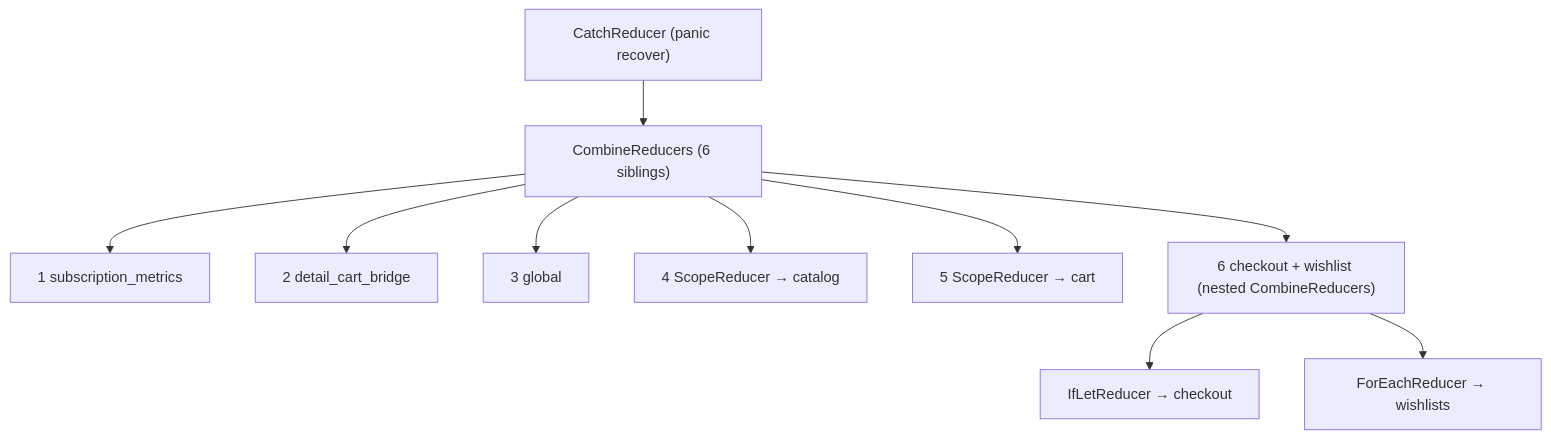
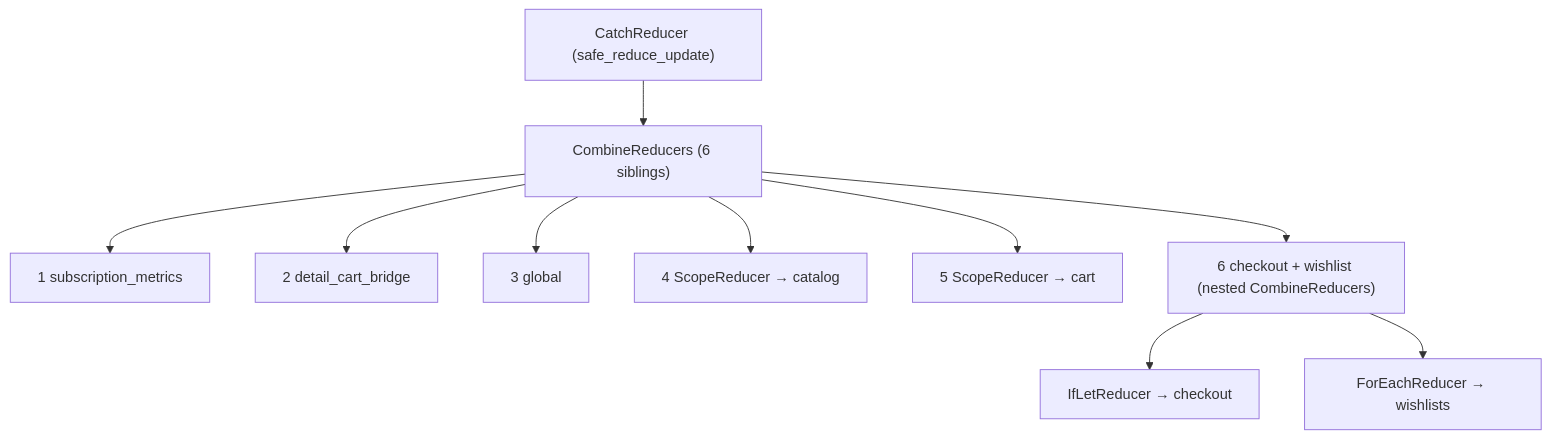
Before and after one commit to akashsoni01/rust-key-paths: the first of 7 diagrams in rust-elm/book/ecommerce.md, drawn with Mermaid. The commit also changed other lines of this file and 9 other files, not shown here.

````diff
--- a/rust-elm/book/ecommerce.md
+++ b/rust-elm/book/ecommerce.md
@@ -32,22 +32,22 @@
 ```mermaid
 flowchart TB
-    Catch["CatchReducer (panic recover)"]
+    Catch["CatchReducer (safe_reduce_update)"]
     C1["1 subscription_metrics"]
     C2["2 detail_cart_bridge"]
     C3["3 global"]
     C4["4 ScopeReducer → catalog"]
     C5["5 ScopeReducer → cart"]
     C6["6 checkout + wishlist (nested CombineReducers)"]
     IL["IfLetReducer → checkout"]
     FE["ForEachReducer → wishlists"]
 
     Catch --> Combine["CombineReducers (6 siblings)"]
     Combine --> C1
     Combine --> C2
     Combine --> C3
     Combine --> C4
     Combine --> C5
     Combine --> C6
     C6 --> IL
     C6 --> FE
 ```
````
